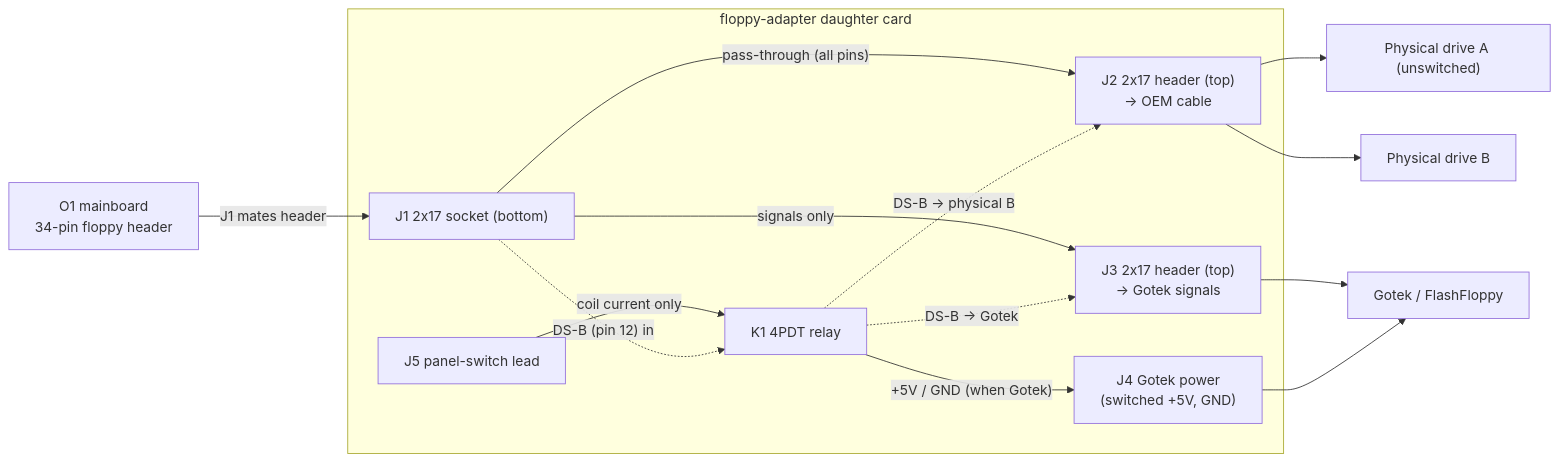
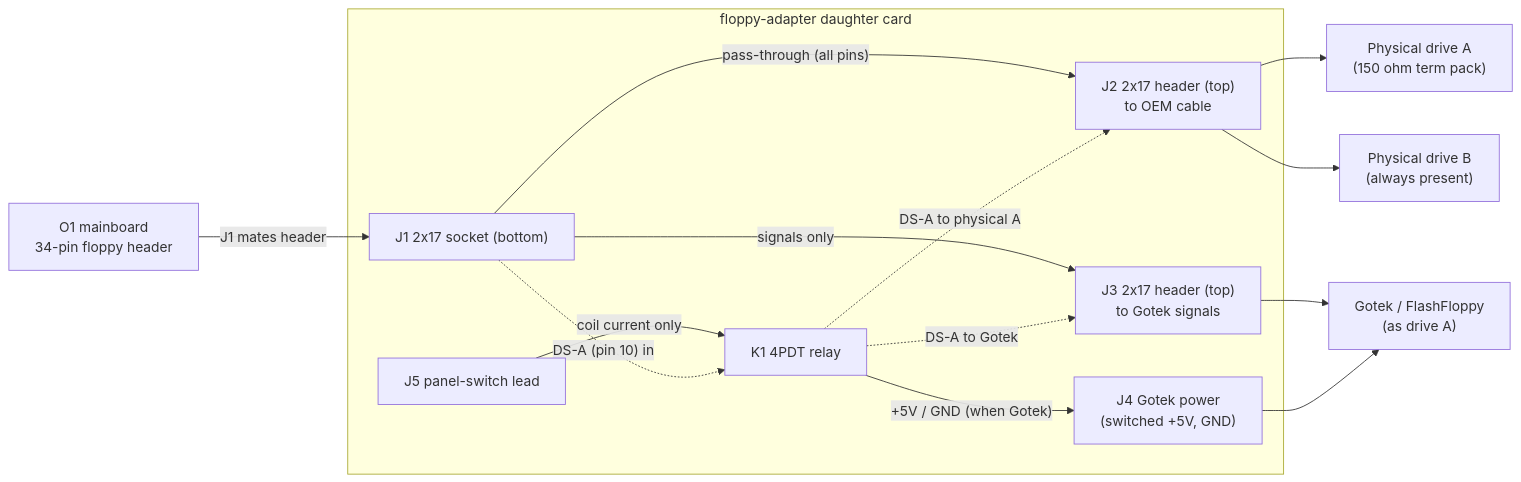
Before and after one commit to Myrcurial/o1nextgen: the diagram in docs/floppy-adapter-design.md, drawn with Mermaid. The commit also changed other lines of this file and 2 other files, not shown here.

Commit message:
docs: switch floppy adapter to drive A; add DS-A pull-up finding (#62)

````diff
--- a/docs/floppy-adapter-design.md
+++ b/docs/floppy-adapter-design.md
@@ -65,28 +65,28 @@
 ```mermaid
 flowchart LR
-  MB["O1 mainboard\n34-pin floppy header"]
+  MB["O1 mainboard<br/>34-pin floppy header"]
   subgraph CARD["floppy-adapter daughter card"]
     PLUG["J1  2x17 socket (bottom)"]
-    CABLE["J2  2x17 header (top)\n→ OEM cable"]
-    GOT["J3  2x17 header (top)\n→ Gotek signals"]
-    PWR["J4  Gotek power\n(switched +5V, GND)"]
+    CABLE["J2  2x17 header (top)<br/>to OEM cable"]
+    GOT["J3  2x17 header (top)<br/>to Gotek signals"]
+    PWR["J4  Gotek power<br/>(switched +5V, GND)"]
     SW["J5  panel-switch lead"]
     K1["K1  4PDT relay"]
   end
-  DA["Physical drive A (unswitched)"]
-  DB["Physical drive B"]
-  GK["Gotek / FlashFloppy"]
+  DA["Physical drive A<br/>(150 ohm term pack)"]
+  DB["Physical drive B<br/>(always present)"]
+  GK["Gotek / FlashFloppy<br/>(as drive A)"]
 
   MB -- "J1 mates header" --> PLUG
   PLUG -- "pass-through (all pins)" --> CABLE
   CABLE --> DA
   CABLE --> DB
   PLUG -- "signals only" --> GOT
   GOT --> GK
   K1 -- "+5V / GND (when Gotek)" --> PWR
   PWR --> GK
   SW -- "coil current only" --> K1
-  PLUG -. "DS-B (pin 12) in" .-> K1
-  K1 -. "DS-B → physical B" .-> CABLE
-  K1 -. "DS-B → Gotek" .-> GOT
+  PLUG -. "DS-A (pin 10) in" .-> K1
+  K1 -. "DS-A to physical A" .-> CABLE
+  K1 -. "DS-A to Gotek" .-> GOT
 ```
````
